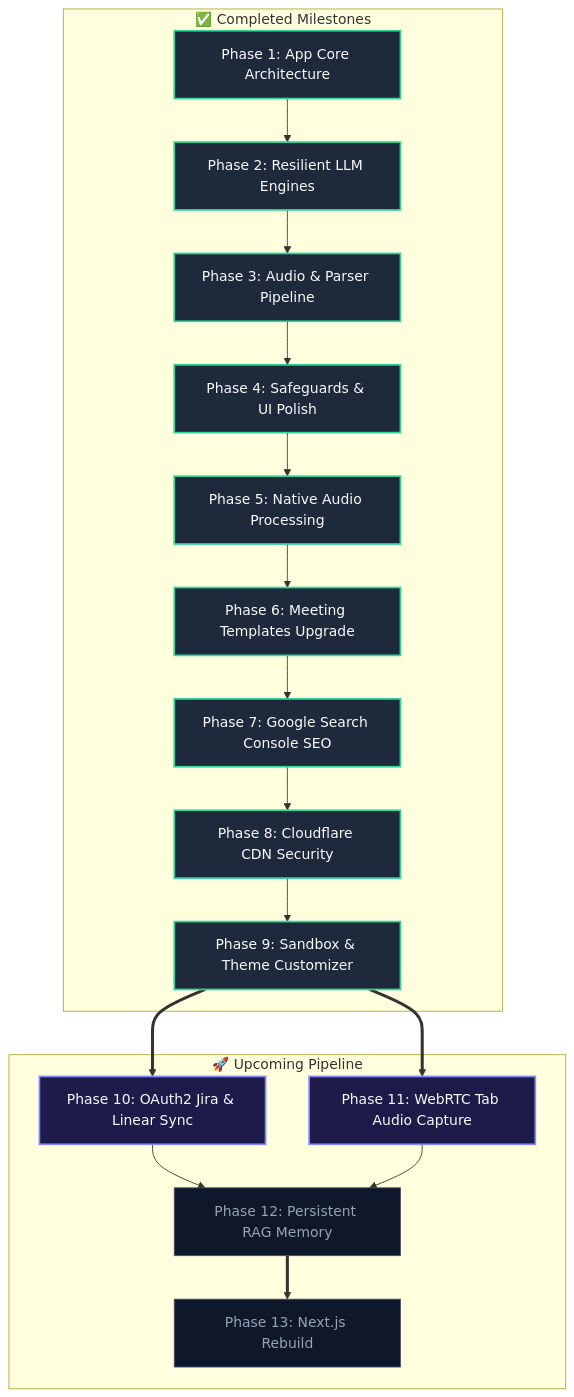
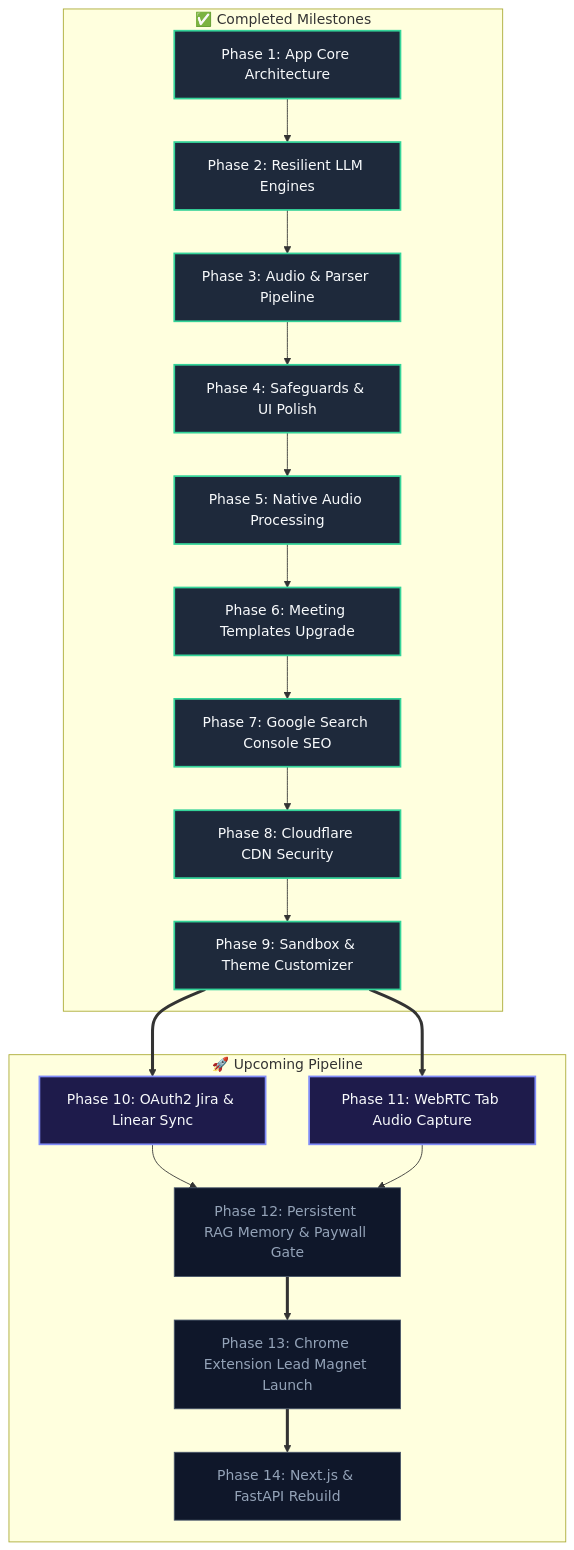
The diagram in Kall-AI-workspace/Roadmap - Implementation Plan/README.md (AItools-guru/AItools-guru), drawn with Mermaid before and after one commit. The commit also changed other lines of this file and 1 other file, not shown here.

Commit message:
docs: update roadmap timeline with paywall milestone and extension launch

````diff
--- a/Kall-AI-workspace/Roadmap - Implementation Plan/README.md
+++ b/Kall-AI-workspace/Roadmap - Implementation Plan/README.md
@@ -12,40 +12,42 @@
 ```mermaid
 graph TD
     %% Define Styles
     classDef done fill:#1e293b,stroke:#34d399,stroke-width:2px,color:#f8fafc;
     classDef current fill:#1e1b4b,stroke:#818cf8,stroke-width:2px,color:#f8fafc;
     classDef next fill:#0f172a,stroke:#475569,stroke-width:1px,color:#94a3b8;
 
     subgraph Completed["✅ Completed Milestones"]
         M1["Phase 1: App Core Architecture"]:::done
         M2["Phase 2: Resilient LLM Engines"]:::done
         M3["Phase 3: Audio & Parser Pipeline"]:::done
         M4["Phase 4: Safeguards & UI Polish"]:::done
         M5["Phase 5: Native Audio Processing"]:::done
         M6["Phase 6: Meeting Templates Upgrade"]:::done
         M7["Phase 7: Google Search Console SEO"]:::done
         M8["Phase 8: Cloudflare CDN Security"]:::done
         M9["Phase 9: Sandbox & Theme Customizer"]:::done
     end
 
     subgraph Pipeline["🚀 Upcoming Pipeline"]
         N1["Phase 10: OAuth2 Jira & Linear Sync"]:::current
         N2["Phase 11: WebRTC Tab Audio Capture"]:::current
-        N3["Phase 12: Persistent RAG Memory"]:::next
-        N4["Phase 13: Next.js Rebuild"]:::next
+        N3["Phase 12: Persistent RAG Memory & Paywall Gate"]:::next
+        N4["Phase 13: Chrome Extension Lead Magnet Launch"]:::next
+        N5["Phase 14: Next.js & FastAPI Rebuild"]:::next
     end
 
     M1 --> M2
     M2 --> M3
     M3 --> M4
     M4 --> M5
     M5 --> M6
     M6 --> M7
     M7 --> M8
     M8 --> M9
     M9 ==> N1
     M9 ==> N2
     N1 --> N3
     N2 --> N3
     N3 ==> N4
+    N4 ==> N5
 ```
````
